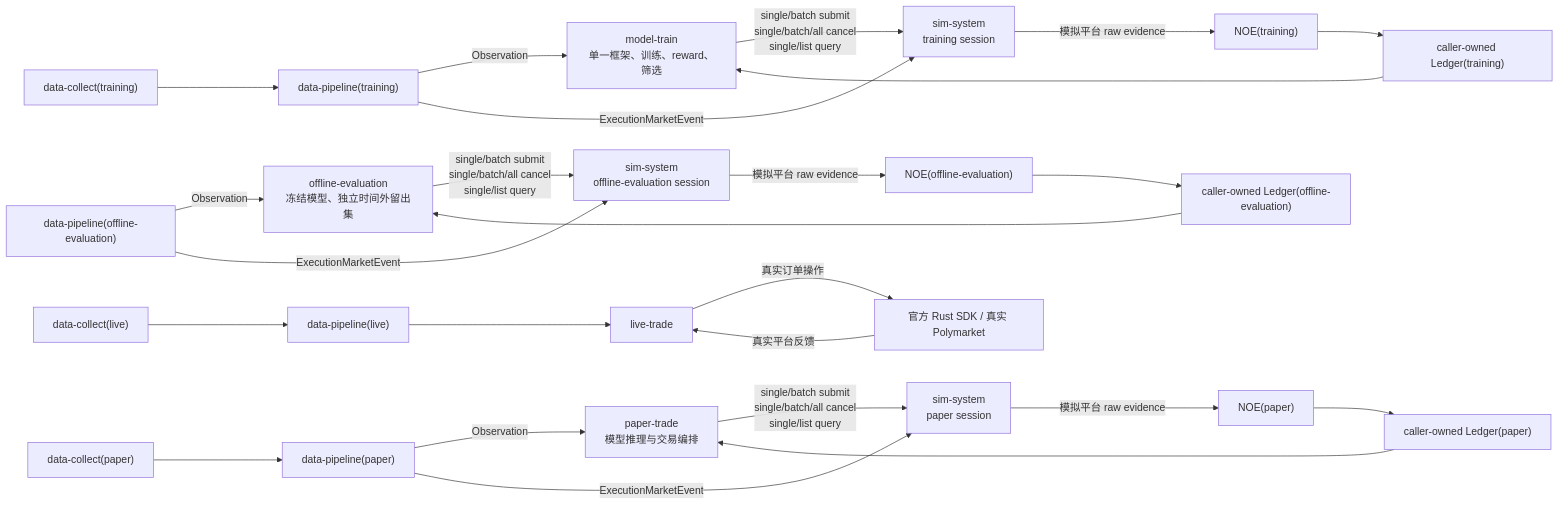
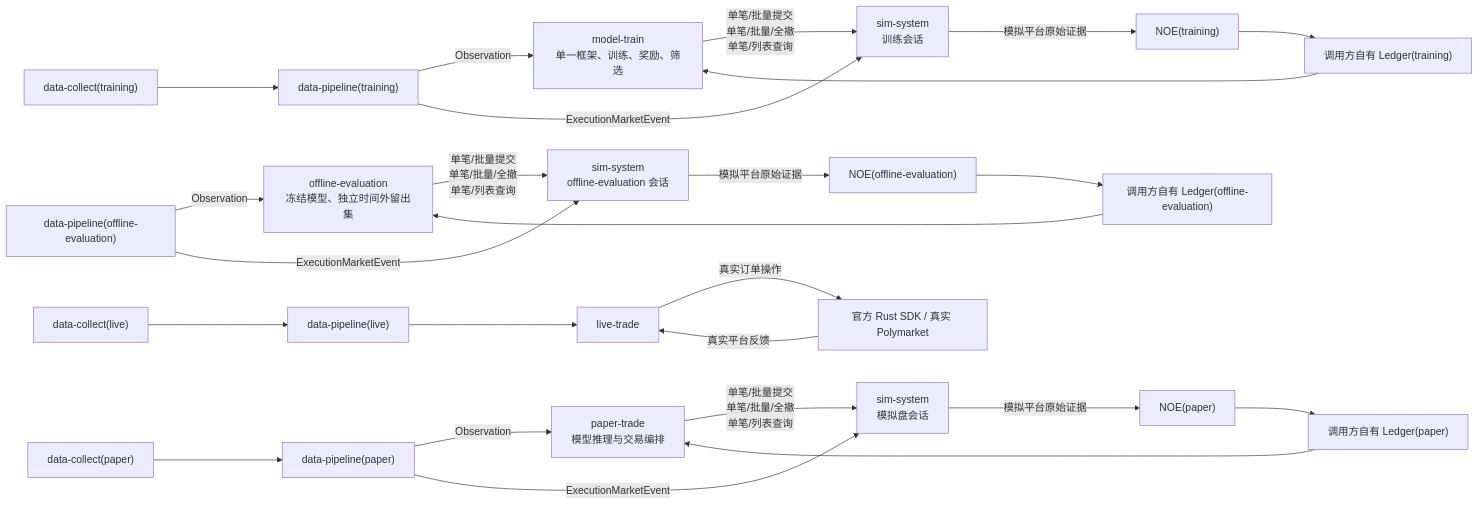
Before and after one commit to slowchillchill/btc-updown-marketmaker: the diagram in demand/sim-system-demand.md, drawn with Mermaid. The commit also changed other lines of this file and 33 other files, not shown here.

````diff
--- a/demand/sim-system-demand.md
+++ b/demand/sim-system-demand.md
@@ -96,30 +96,30 @@
 ```mermaid
 flowchart LR
     DCT["data-collect(training)"] --> DPT["data-pipeline(training)"]
-    DPT -- "Observation" --> MT["model-train<br/>单一框架、训练、reward、筛选"]
-    DPT -- "ExecutionMarketEvent" --> SIMT["sim-system<br/>training session"]
-    MT -- "single/batch submit<br/>single/batch/all cancel<br/>single/list query" --> SIMT
-    SIMT -- "模拟平台 raw evidence" --> NOET["NOE(training)"]
-    NOET --> LEDGERT["caller-owned Ledger(training)"]
+    DPT -- "Observation" --> MT["model-train<br/>单一框架、训练、奖励、筛选"]
+    DPT -- "ExecutionMarketEvent" --> SIMT["sim-system<br/>训练会话"]
+    MT -- "单笔/批量提交<br/>单笔/批量/全撤<br/>单笔/列表查询" --> SIMT
+    SIMT -- "模拟平台原始证据" --> NOET["NOE(training)"]
+    NOET --> LEDGERT["调用方自有 Ledger(training)"]
     LEDGERT --> MT
 
     DPE["data-pipeline(offline-evaluation)"] -- "Observation" --> OE["offline-evaluation<br/>冻结模型、独立时间外留出集"]
-    DPE -- "ExecutionMarketEvent" --> SIME["sim-system<br/>offline-evaluation session"]
-    OE -- "single/batch submit<br/>single/batch/all cancel<br/>single/list query" --> SIME
-    SIME -- "模拟平台 raw evidence" --> NOEE["NOE(offline-evaluation)"]
-    NOEE --> LEDGERE["caller-owned Ledger(offline-evaluation)"]
+    DPE -- "ExecutionMarketEvent" --> SIME["sim-system<br/>offline-evaluation 会话"]
+    OE -- "单笔/批量提交<br/>单笔/批量/全撤<br/>单笔/列表查询" --> SIME
+    SIME -- "模拟平台原始证据" --> NOEE["NOE(offline-evaluation)"]
+    NOEE --> LEDGERE["调用方自有 Ledger(offline-evaluation)"]
     LEDGERE --> OE
 
     DCP["data-collect(paper)"] --> DPP["data-pipeline(paper)"]
     DPP -- "Observation" --> PT["paper-trade<br/>模型推理与交易编排"]
-    DPP -- "ExecutionMarketEvent" --> SIMP["sim-system<br/>paper session"]
-    PT -- "single/batch submit<br/>single/batch/all cancel<br/>single/list query" --> SIMP
-    SIMP -- "模拟平台 raw evidence" --> NOEP["NOE(paper)"]
-    NOEP --> LEDGERP["caller-owned Ledger(paper)"]
+    DPP -- "ExecutionMarketEvent" --> SIMP["sim-system<br/>模拟盘会话"]
+    PT -- "单笔/批量提交<br/>单笔/批量/全撤<br/>单笔/列表查询" --> SIMP
+    SIMP -- "模拟平台原始证据" --> NOEP["NOE(paper)"]
+    NOEP --> LEDGERP["调用方自有 Ledger(paper)"]
     LEDGERP --> PT
 
     DCL["data-collect(live)"] --> DPL["data-pipeline(live)"]
     DPL --> LT["live-trade"]
     LT -- "真实订单操作" --> VENUE["官方 Rust SDK / 真实 Polymarket"]
     VENUE -- "真实平台反馈" --> LT
 ```
````
